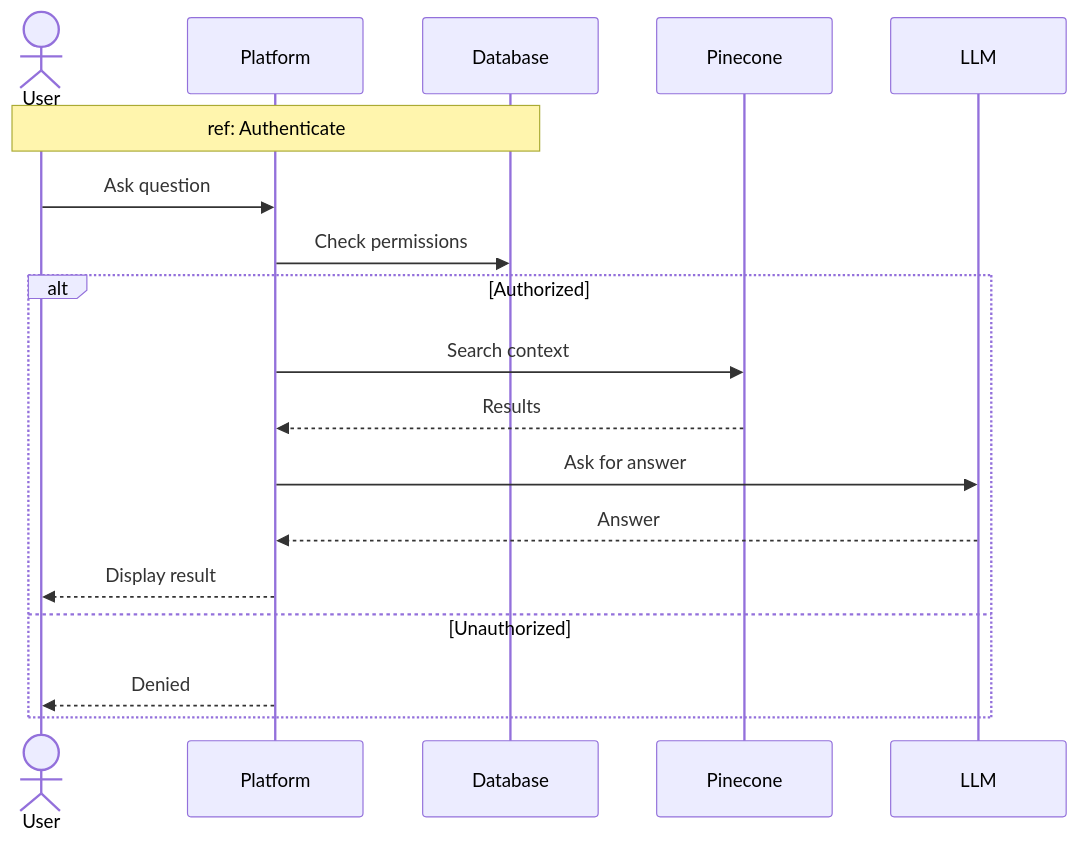
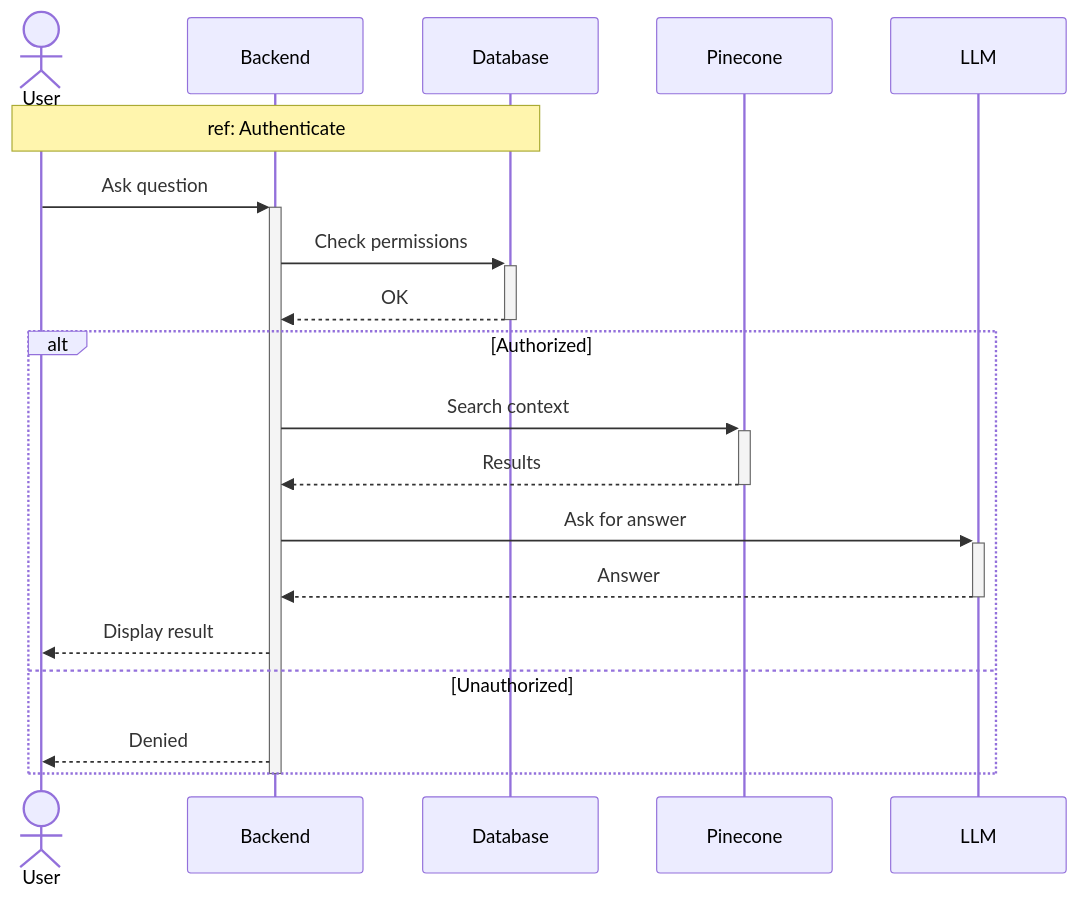
One commit to MohamedChebbi123/teamnest changed diagram 14 of 16 in docs/SEQUENCE_DIAGRAMS.md. Above: the diagram before and after it, drawn with Mermaid. The commit also changed other lines of this file, not shown here.

````diff
--- a/docs/SEQUENCE_DIAGRAMS.md
+++ b/docs/SEQUENCE_DIAGRAMS.md
@@ -420,22 +480,24 @@
 ```mermaid
 sequenceDiagram
     actor User
-    participant API as Platform
+    participant API as Backend
     participant DB as Database
     participant Vec as Pinecone
     participant LLM
 
     Note over User,DB: ref: Authenticate
 
-    User->>API: Ask question
-    API->>DB: Check permissions
+    User->>+API: Ask question
+    API->>+DB: Check permissions
+    DB-->>-API: OK
     alt Authorized
-        API->>Vec: Search context
-        Vec-->>API: Results
-        API->>LLM: Ask for answer
-        LLM-->>API: Answer
+        API->>+Vec: Search context
+        Vec-->>-API: Results
+        API->>+LLM: Ask for answer
+        LLM-->>-API: Answer
         API-->>User: Display result
     else Unauthorized
         API-->>User: Denied
     end
+    deactivate API
 ```
````
